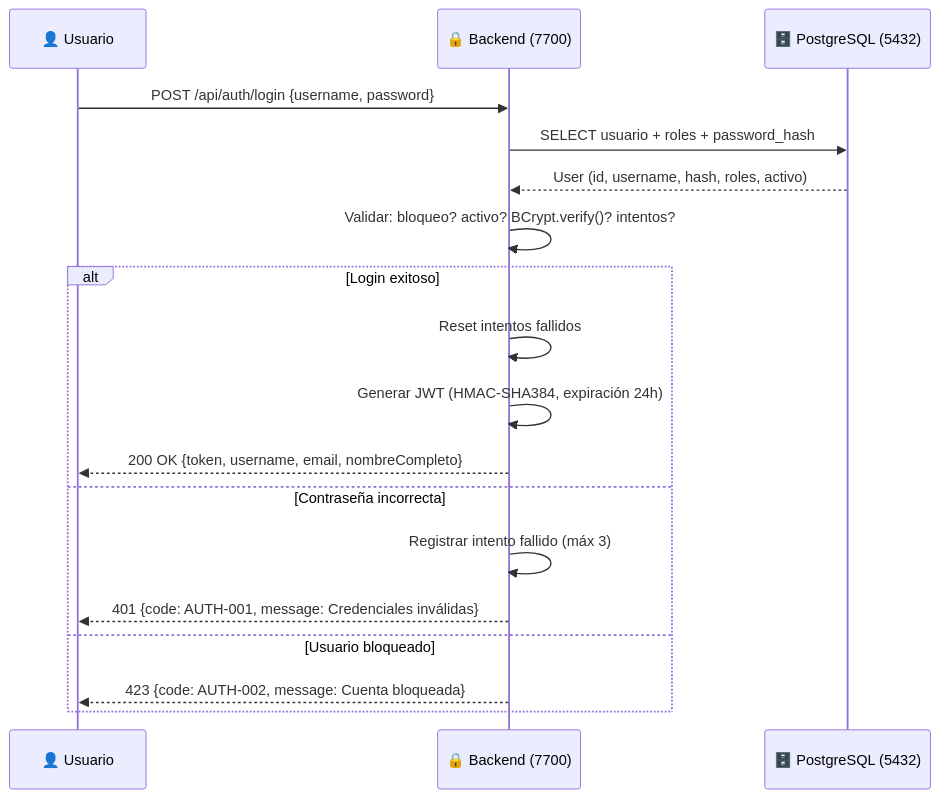
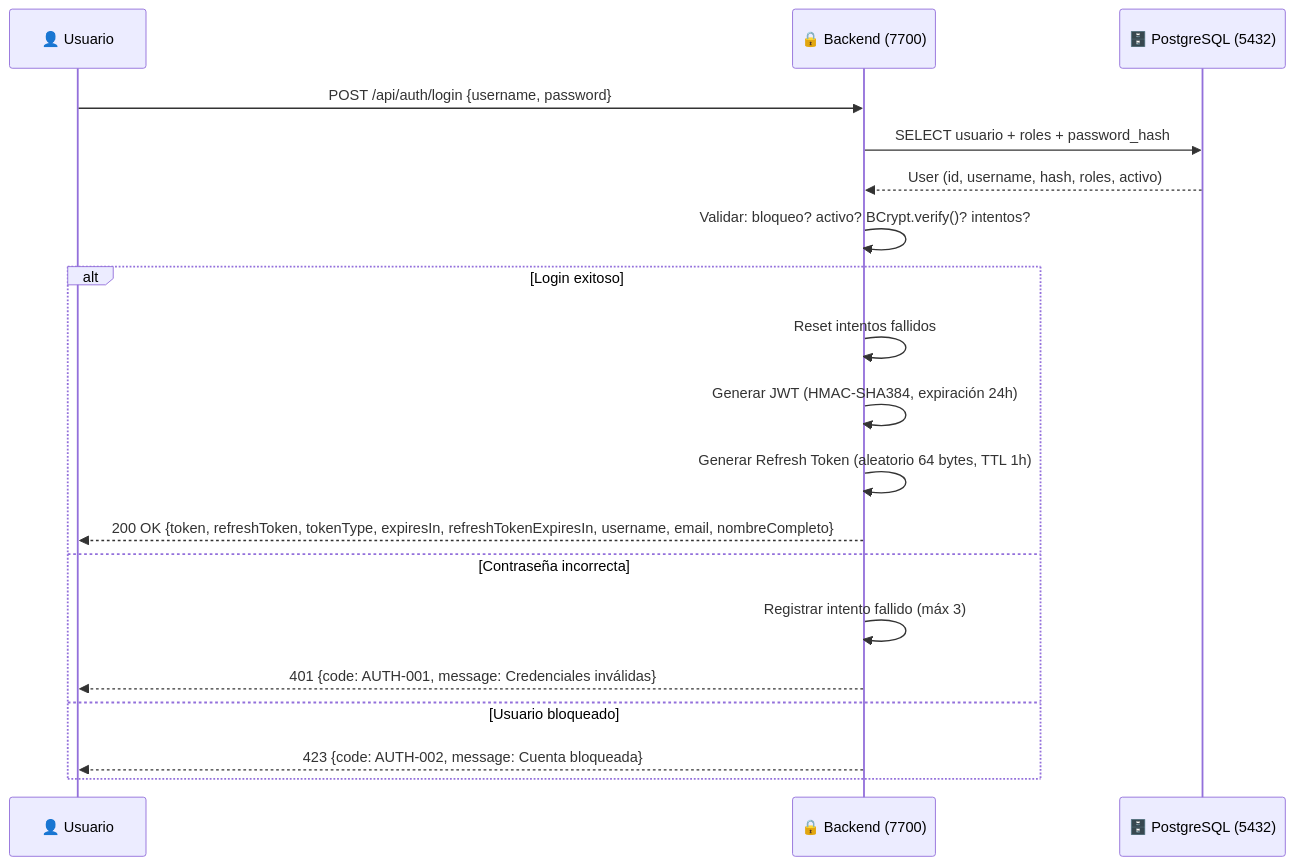
The third of 11 diagrams in README.md (42mrnobody42-alt/investment-tracker), drawn with Mermaid before and after one commit. The commit also changed other lines of this file, not shown here.

Commit message:
actualizar documentación con la nueva función de refresh token

````diff
--- a/README.md
+++ b/README.md
@@ -276,21 +278,22 @@
 ```mermaid
 sequenceDiagram
     participant U as 👤 Usuario
     participant B as 🔒 Backend (7700)
     participant DB as 🗄️ PostgreSQL (5432)
 
     U->>B: POST /api/auth/login {username, password}
     B->>DB: SELECT usuario + roles + password_hash
     DB-->>B: User (id, username, hash, roles, activo)
     B->>B: Validar: bloqueo? activo? BCrypt.verify()? intentos?
     alt Login exitoso
         B->>B: Reset intentos fallidos
         B->>B: Generar JWT (HMAC-SHA384, expiración 24h)
-        B-->>U: 200 OK {token, username, email, nombreCompleto}
+        B->>B: Generar Refresh Token (aleatorio 64 bytes, TTL 1h)
+        B-->>U: 200 OK {token, refreshToken, tokenType, expiresIn, refreshTokenExpiresIn, username, email, nombreCompleto}
     else Contraseña incorrecta
         B->>B: Registrar intento fallido (máx 3)
         B-->>U: 401 {code: AUTH-001, message: Credenciales inválidas}
     else Usuario bloqueado
         B-->>U: 423 {code: AUTH-002, message: Cuenta bloqueada}
     end
 ```
````
